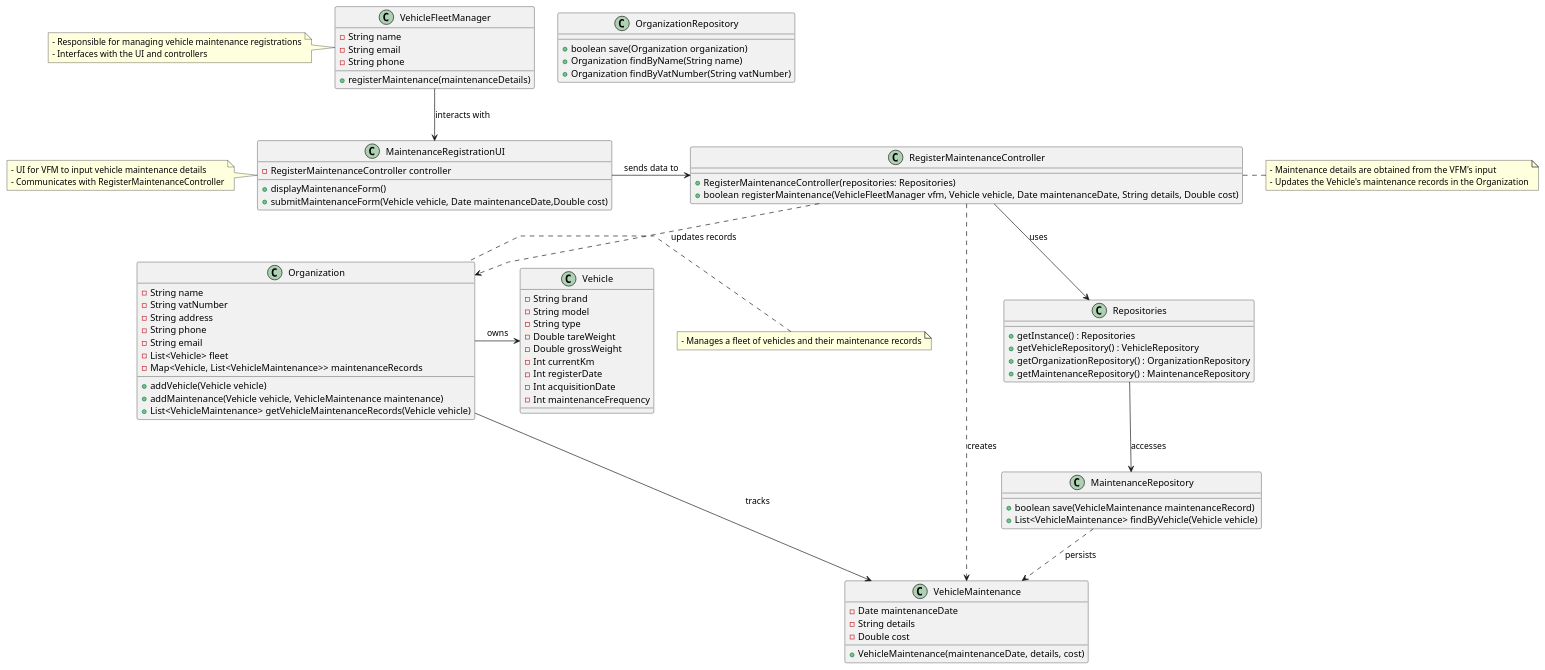
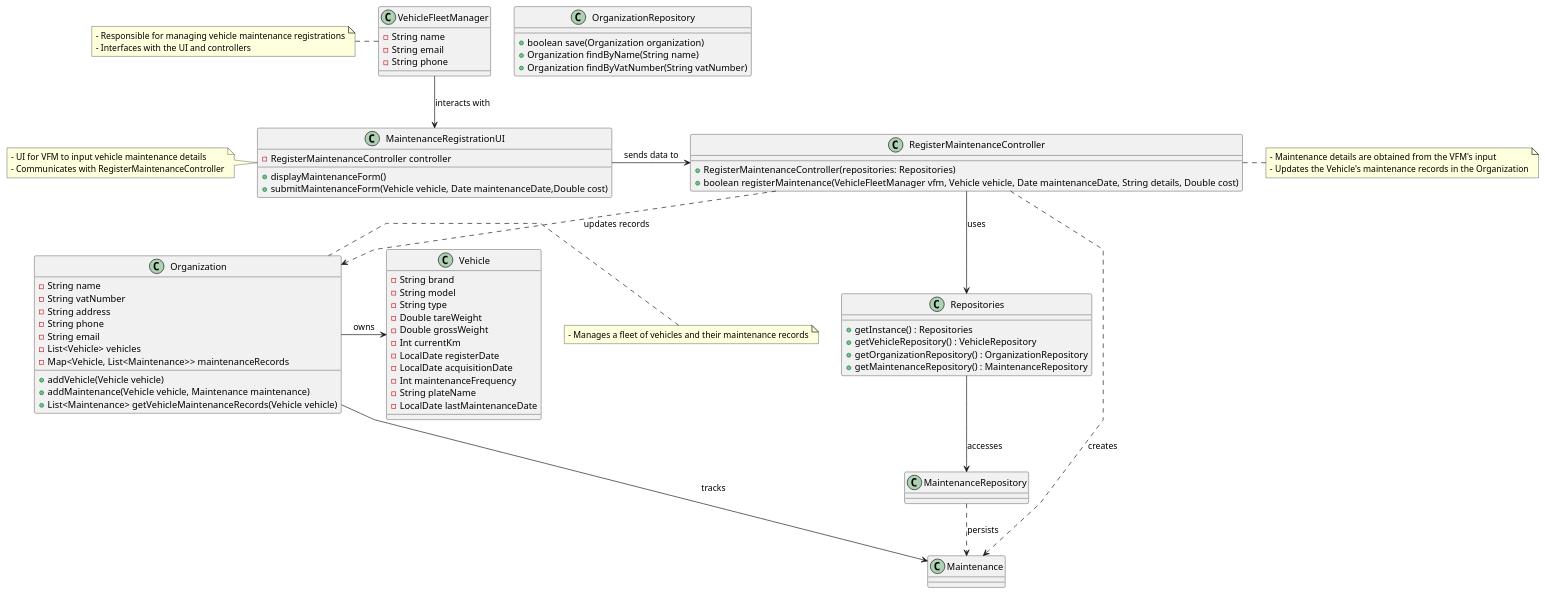
Before and after one commit to tiagosoa/lei-24-s2-1dgh-g073: the diagram in docs/sprint2/us007/03.design/puml/us007-class-diagram.puml, drawn with PlantUML. The commit also changed 38 other files, not shown here.

```diff
--- a/docs/sprint2/us007/03.design/puml/us007-class-diagram.puml
+++ b/docs/sprint2/us007/03.design/puml/us007-class-diagram.puml
@@ -1,106 +1,95 @@
 @startuml
 'skinparam monochrome true
 skinparam packageStyle rectangle
 skinparam shadowing false
 skinparam linetype polyline
 'skinparam linetype orto
 
 
 class VehicleFleetManager {
   - String name
   - String email
   - String phone
-  + registerMaintenance(maintenanceDetails)
 }
 
 class Vehicle {
   - String brand
   - String model
   - String type
   - Double tareWeight
   - Double grossWeight
   - Int currentKm
-  - Int registerDate
-  - Int acquisitionDate
+  - LocalDate registerDate
+  - LocalDate acquisitionDate
   - Int maintenanceFrequency
-}
-
-class VehicleMaintenance {
-  - Date maintenanceDate
-  - String details
-  - Double cost
-  + VehicleMaintenance(maintenanceDate, details, cost)
-}
-
-class MaintenanceRepository {
-  + boolean save(VehicleMaintenance maintenanceRecord)
-  + List<VehicleMaintenance> findByVehicle(Vehicle vehicle)
+  - String plateName
+  - LocalDate lastMaintenanceDate
 }
 
 class Organization {
   - String name
   - String vatNumber
   - String address
   - String phone
   - String email
-  - List<Vehicle> fleet
-  - Map<Vehicle, List<VehicleMaintenance>> maintenanceRecords
+  - List<Vehicle> vehicles
+  - Map<Vehicle, List<Maintenance>> maintenanceRecords
   + addVehicle(Vehicle vehicle)
-  + addMaintenance(Vehicle vehicle, VehicleMaintenance maintenance)
-  + List<VehicleMaintenance> getVehicleMaintenanceRecords(Vehicle vehicle)
+  + addMaintenance(Vehicle vehicle, Maintenance maintenance)
+  + List<Maintenance> getVehicleMaintenanceRecords(Vehicle vehicle)
 }
 
 class OrganizationRepository {
   + boolean save(Organization organization)
   + Organization findByName(String name)
   + Organization findByVatNumber(String vatNumber)
 }
 
 class Repositories {
   + getInstance() : Repositories
   + getVehicleRepository() : VehicleRepository
   + getOrganizationRepository() : OrganizationRepository
   + getMaintenanceRepository() : MaintenanceRepository
 }
 
 class RegisterMaintenanceController {
   + RegisterMaintenanceController(repositories: Repositories)
   + boolean registerMaintenance(VehicleFleetManager vfm, Vehicle vehicle, Date maintenanceDate, String details, Double cost)
 }
 
 class MaintenanceRegistrationUI {
   - RegisterMaintenanceController controller
   + displayMaintenanceForm()
   + submitMaintenanceForm(Vehicle vehicle, Date maintenanceDate,Double cost)
 }
 
 note right of RegisterMaintenanceController
   - Maintenance details are obtained from the VFM's input
   - Updates the Vehicle's maintenance records in the Organization
 end note
 
 note left of MaintenanceRegistrationUI
   - UI for VFM to input vehicle maintenance details
   - Communicates with RegisterMaintenanceController
 end note
 
 note left of Organization
   - Manages a fleet of vehicles and their maintenance records
 end note
 
 note left of VehicleFleetManager
   - Responsible for managing vehicle maintenance registrations
   - Interfaces with the UI and controllers
 end note
 
 VehicleFleetManager -down-> MaintenanceRegistrationUI : interacts with
 MaintenanceRegistrationUI -right-> RegisterMaintenanceController : sends data to
 RegisterMaintenanceController -down-> Repositories : uses
 Repositories -down-> MaintenanceRepository : accesses
 Organization -right-> Vehicle : owns
-Organization -down-> VehicleMaintenance : tracks
-MaintenanceRepository ..> VehicleMaintenance : persists
-RegisterMaintenanceController ..> VehicleMaintenance : creates
+Organization -down-> Maintenance : tracks
+MaintenanceRepository ..> Maintenance : persists
+RegisterMaintenanceController ..> Maintenance : creates
 RegisterMaintenanceController ..> Organization : updates records
 
 @enduml
```
